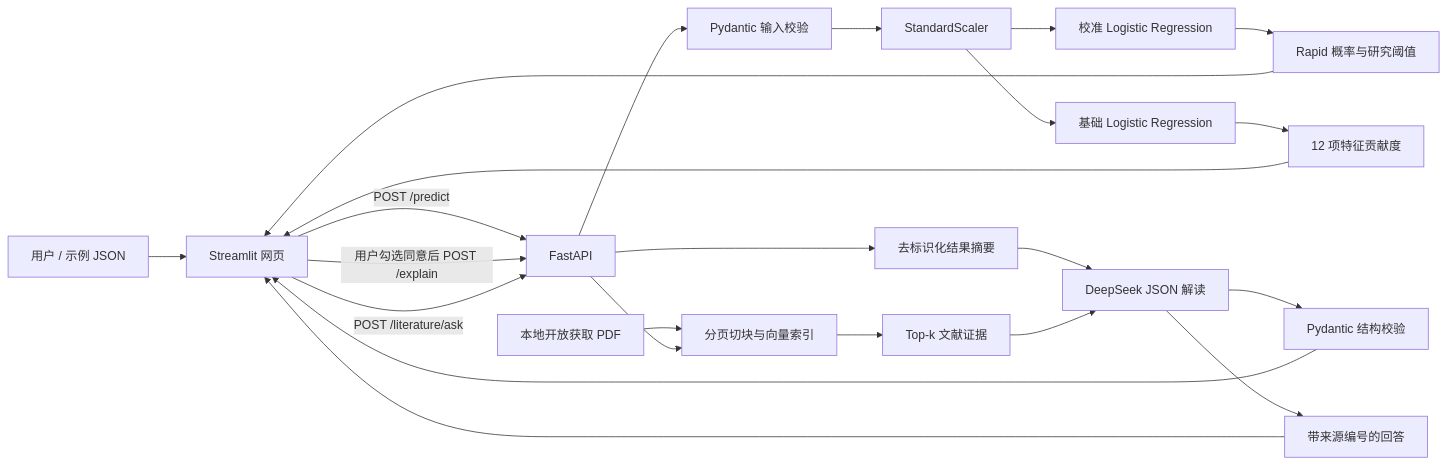
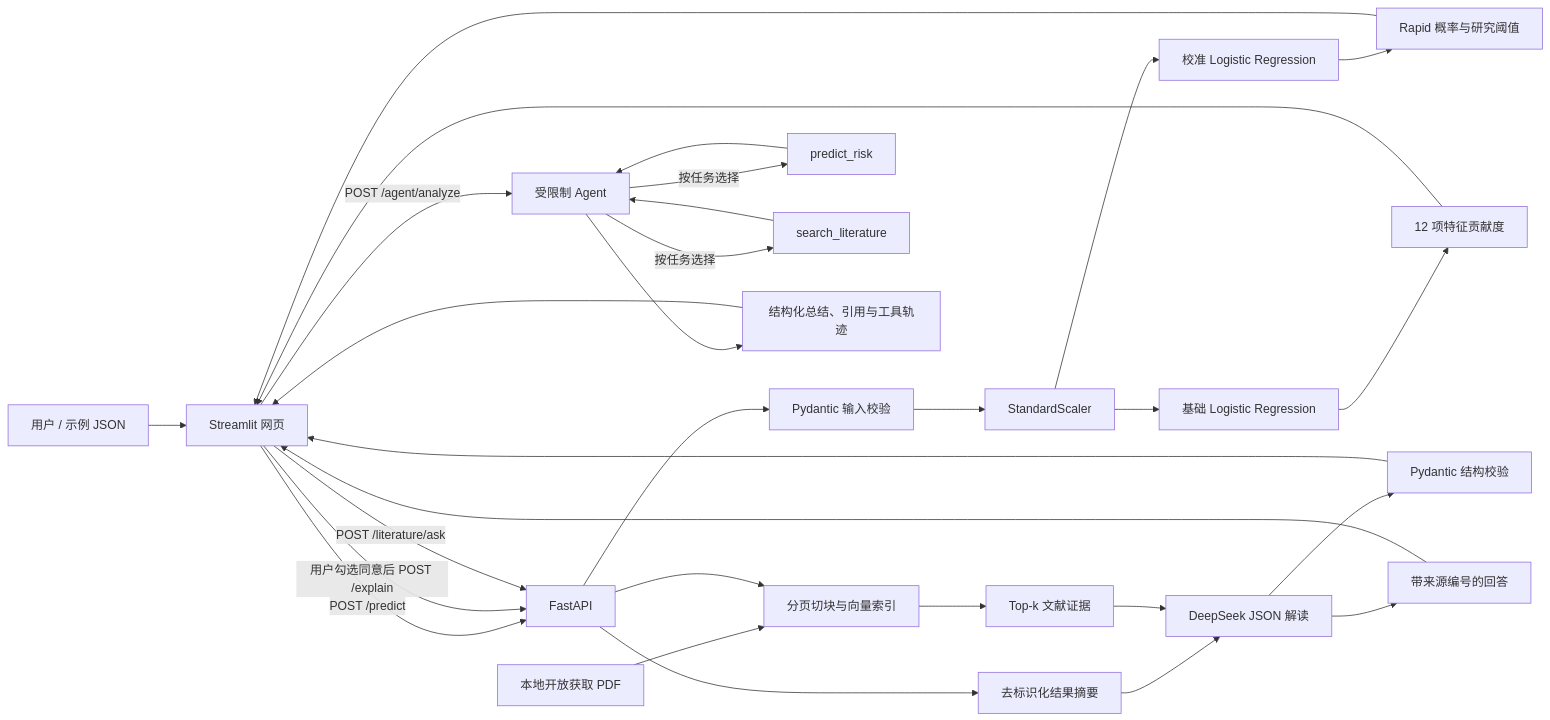
Before and after one commit to xia510/ppmi-rapid-subtype-prediction-demo: the diagram in README.md, drawn with Mermaid. The commit also changed other lines of this file and 2 other files, not shown here.

Commit message:
docs: explain agent tool workflow

````diff
--- a/README.md
+++ b/README.md
@@ -30,25 +32,32 @@
 ```mermaid
 flowchart LR
     U[用户 / 示例 JSON] --> UI[Streamlit 网页]
     UI -->|POST /predict| API[FastAPI]
     API --> V[Pydantic 输入校验]
     V --> S[StandardScaler]
     S --> C[校准 Logistic Regression]
     C --> P[Rapid 概率与研究阈值]
     S --> B[基础 Logistic Regression]
     B --> F[12 项特征贡献度]
     P --> UI
     F --> UI
     UI -->|用户勾选同意后 POST /explain| API
     API --> D[去标识化结果摘要]
     D --> L[DeepSeek JSON 解读]
     L --> J[Pydantic 结构校验]
     J --> UI
     PDF[本地开放获取 PDF] --> IDX[分页切块与向量索引]
     UI -->|POST /literature/ask| API
     API --> IDX
     IDX --> E[Top-k 文献证据]
     E --> L
     L --> R[带来源编号的回答]
     R --> UI
+    UI -->|POST /agent/analyze| A[受限制 Agent]
+    A -->|按任务选择| AT1[predict_risk]
+    A -->|按任务选择| AT2[search_literature]
+    AT1 --> A
+    AT2 --> A
+    A --> AR[结构化总结、引用与工具轨迹]
+    AR --> UI
 ```
````
